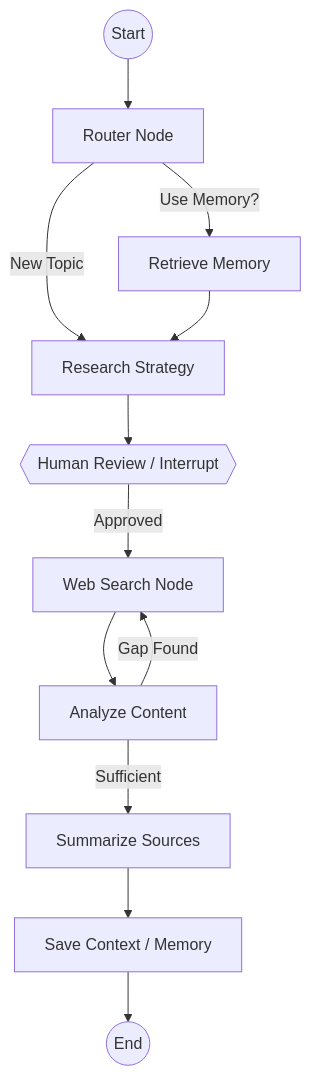
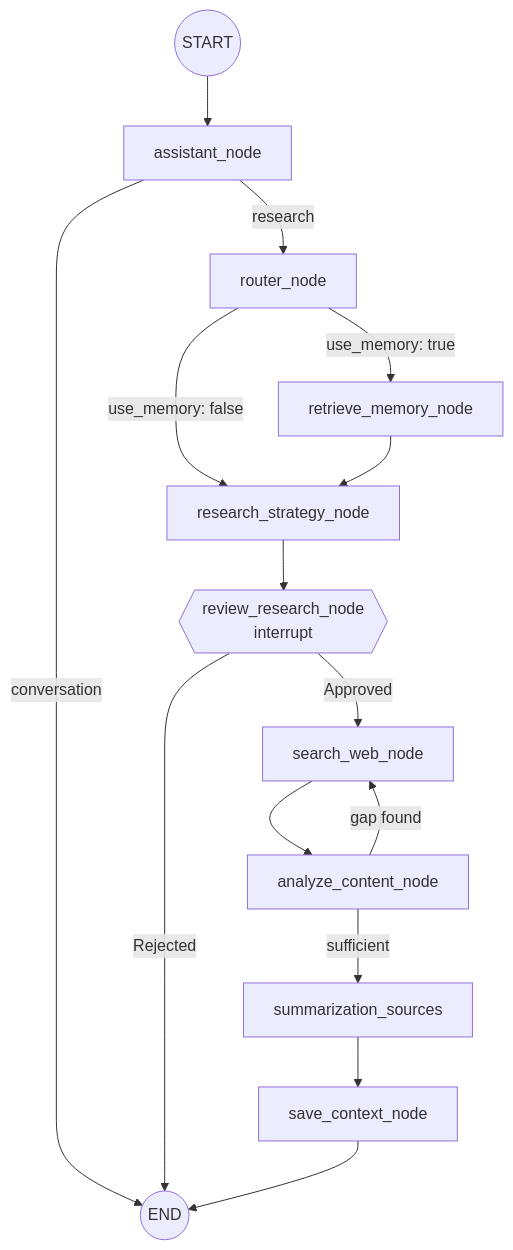
The diagram in README.md (dongiveajack/deep-research-agent), drawn with Mermaid before and after one commit. The commit also changed other lines of this file and 1 other file, not shown here.

````diff
--- a/README.md
+++ b/README.md
@@ -31,18 +86,21 @@
 ```mermaid
-graph TD
-    START((Start)) --> Router[Router Node]
-    Router -->|Use Memory?| Retrieve[Retrieve Memory]
-    Router -->|New Topic| Strategy[Research Strategy]
-    
-    Retrieve --> Strategy
-    Strategy --> Review{{Human Review / Interrupt}}
-    
-    Review -->|Approved| Search[Web Search Node]
-    Search --> Analyze[Analyze Content]
-    
-    Analyze -->|Gap Found| Search
-    Analyze -->|Sufficient| Summarize[Summarize Sources]
-    
-    Summarize --> Save[Save Context / Memory]
-    Save --> END((End))
+flowchart TD
+    START((START)) --> AST[assistant_node]
+    AST -- conversation --> END((END))
+    AST -- research --> ROUTER[router_node]
+
+    ROUTER -- use_memory: true --> RET[retrieve_memory_node]
+    ROUTER -- use_memory: false --> STRAT[research_strategy_node]
+    RET --> STRAT
+
+    STRAT --> REV{{review_research_node<br/>interrupt}}
+    REV -- Approved --> SEARCH[search_web_node]
+    REV -- Rejected --> END
+
+    SEARCH --> ANA[analyze_content_node]
+    ANA -- gap found --> SEARCH
+    ANA -- sufficient --> SUM[summarization_sources]
+
+    SUM --> SAVE[save_context_node]
+    SAVE --> END
 ```
````
